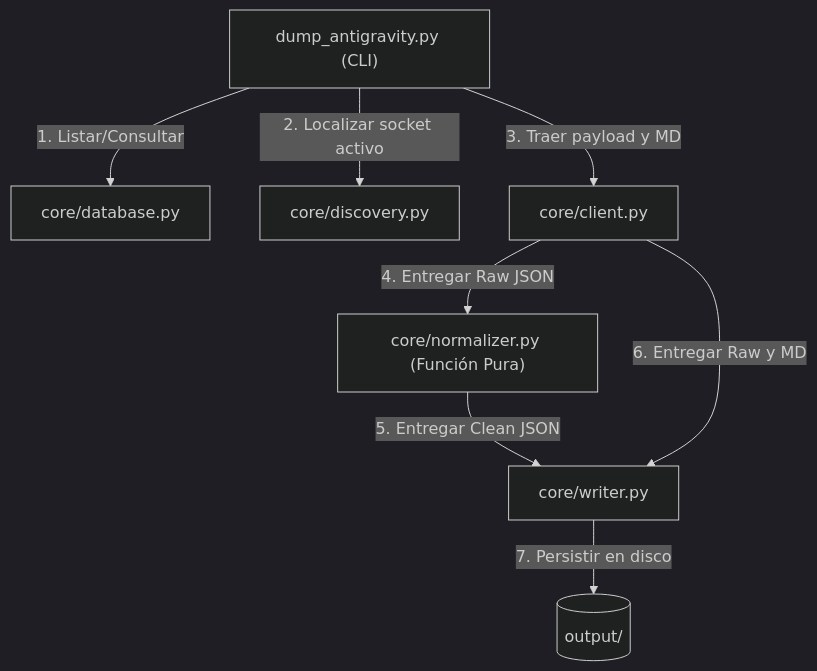
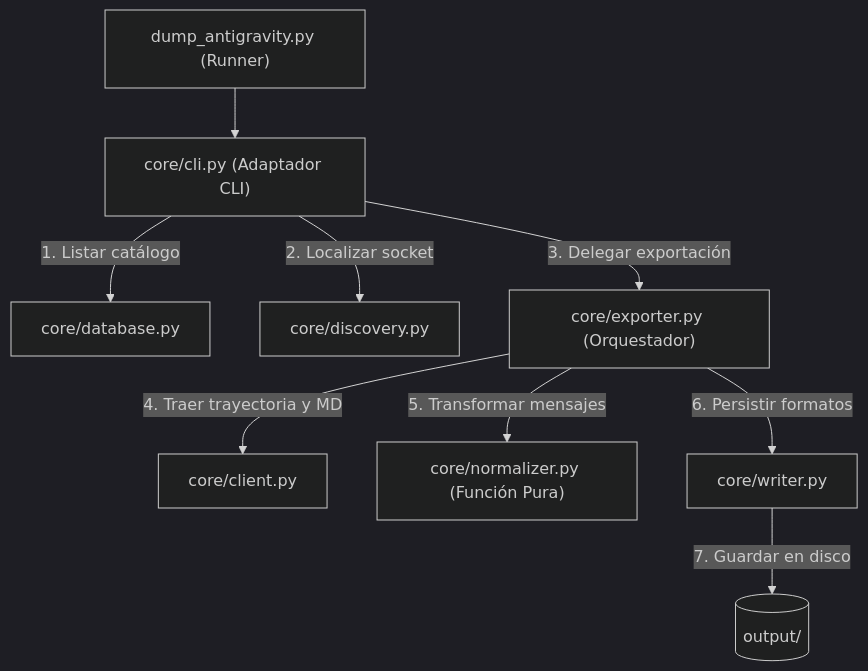
The diagram in planification/01-modularizacion/walkthrough.md (GuillermoCochrane/antigravity-exporter), drawn with Mermaid (dark theme) before and after one commit. The commit also changed other lines of this file and 1 other file, not shown here.

Commit message:
docs(planification): incorporar plan de implementacion para modulo exporter

````diff
--- a/planification/01-modularizacion/walkthrough.md
+++ b/planification/01-modularizacion/walkthrough.md
@@ -43,10 +45,11 @@
 ```mermaid
 flowchart TD
-    CLI["dump_antigravity.py (CLI)"] -->|1. Listar/Consultar| DB["core/database.py"]
-    CLI -->|2. Localizar socket activo| DISC["core/discovery.py"]
-    CLI -->|3. Traer payload y MD| RPC["core/client.py"]
-    RPC -->|4. Entregar Raw JSON| NORM["core/normalizer.py (Función Pura)"]
-    NORM -->|5. Entregar Clean JSON| WRITE["core/writer.py"]
-    RPC -->|6. Entregar Raw y MD| WRITE
-    WRITE -->|7. Persistir en disco| OUT[("output/")]
+    RUN["dump_antigravity.py (Runner)"] --> CLI["core/cli.py (Adaptador CLI)"]
+    CLI -->|1. Listar catálogo| DB["core/database.py"]
+    CLI -->|2. Localizar socket| DISC["core/discovery.py"]
+    CLI -->|3. Delegar exportación| EXP["core/exporter.py (Orquestador)"]
+    EXP -->|4. Traer trayectoria y MD| RPC["core/client.py"]
+    EXP -->|5. Transformar mensajes| NORM["core/normalizer.py (Función Pura)"]
+    EXP -->|6. Persistir formatos| WRITE["core/writer.py"]
+    WRITE -->|7. Guardar en disco| OUT[("output/")]
 ```
````
